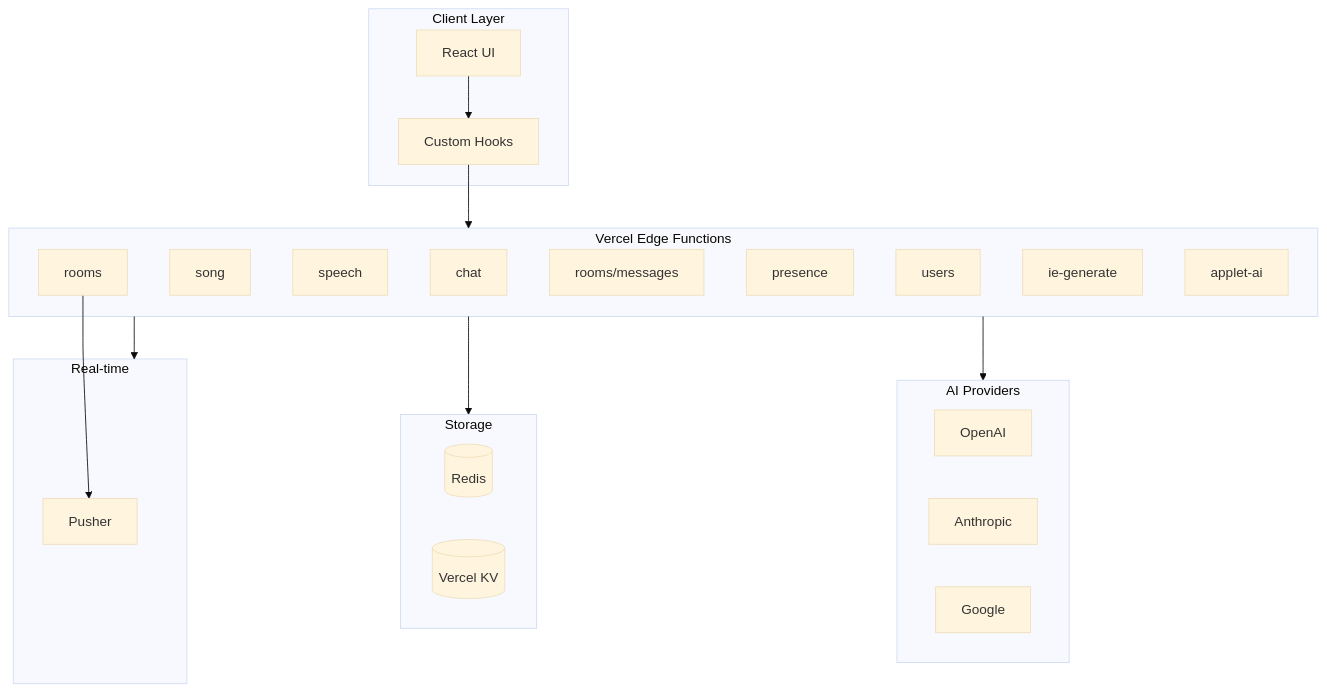
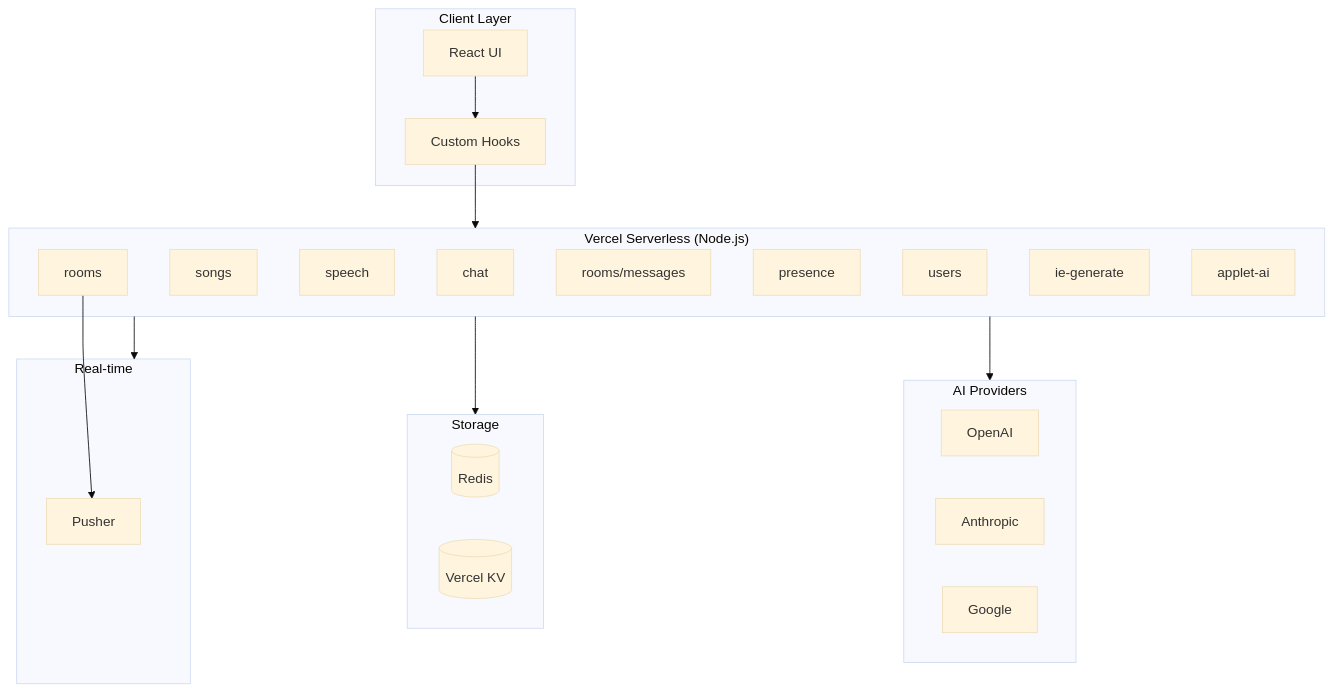
The first of 3 diagrams in docs/1.2-api-architecture.md (ryokun6/ryos), drawn with Mermaid (base theme) before and after one commit. The commit also changed other lines of this file and 17 other files, not shown here.

Commit message:
Update API documentation for Node runtime

````diff
--- a/docs/1.2-api-architecture.md
+++ b/docs/1.2-api-architecture.md
@@ -7,41 +7,41 @@
 ```mermaid
 graph TB
     subgraph Client["Client Layer"]
         UI[React UI]
         Hooks[Custom Hooks]
     end
     
-    subgraph Edge["Vercel Edge Functions"]
+    subgraph API["Vercel Serverless (Node.js)"]
         ChatAPI[chat]
-        SongAPI[song]
+        SongAPI[songs]
         SpeechAPI[speech]
         RoomsAPI[rooms]
         MessagesAPI[rooms/messages]
         PresenceAPI[presence]
         UsersAPI[users]
         IEAPI[ie-generate]
         AppletAPI[applet-ai]
     end
     
     subgraph AI["AI Providers"]
         OpenAI[OpenAI]
         Anthropic[Anthropic]
         Google[Google]
     end
     
     subgraph Storage["Storage"]
         Redis[(Redis)]
         KV[(Vercel KV)]
     end
     
     subgraph Realtime["Real-time"]
         Pusher[Pusher]
     end
     
     UI --> Hooks
-    Hooks --> Edge
-    Edge --> AI
-    Edge --> Storage
-    Edge --> Realtime
+    Hooks --> API
+    API --> AI
+    API --> Storage
+    API --> Realtime
     RoomsAPI --> Pusher
 ```
````
